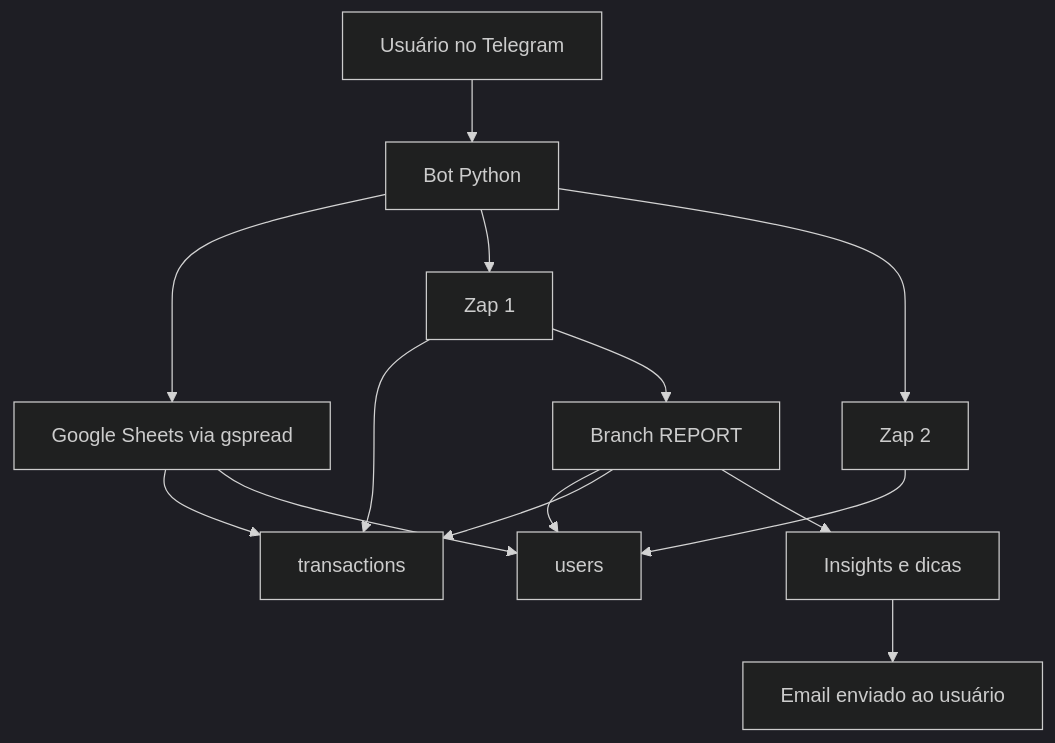
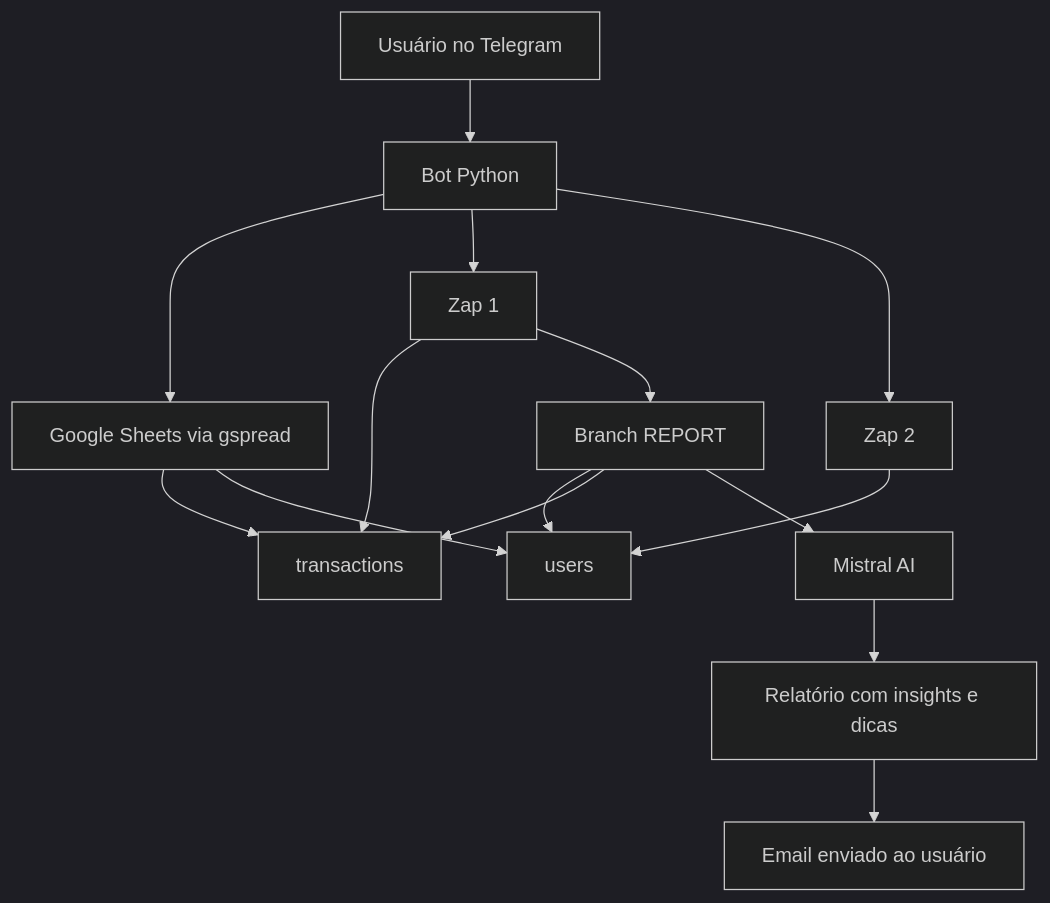
The first of 3 diagrams in README.md (joaa0/FinLeo), drawn with Mermaid (dark theme) before and after one commit. The commit also changed other lines of this file and 2 other files, not shown here.

````diff
--- a/README.md
+++ b/README.md
@@ -29,16 +36,17 @@
 ```mermaid
 graph TD
     A[Usuário no Telegram] --> B[Bot Python]
     B --> C[Google Sheets via gspread]
     C --> C1[transactions]
     C --> C2[users]
     B --> D[Zap 1]
     B --> E[Zap 2]
     D --> C1
     E --> C2
     D --> F[Branch REPORT]
     F --> C2
     F --> C1
-    F --> G[Insights e dicas]
-    G --> H[Email enviado ao usuário]
+    F --> G[Mistral AI]
+    G --> H[Relatório com insights e dicas]
+    H --> I[Email enviado ao usuário]
 ```
````
